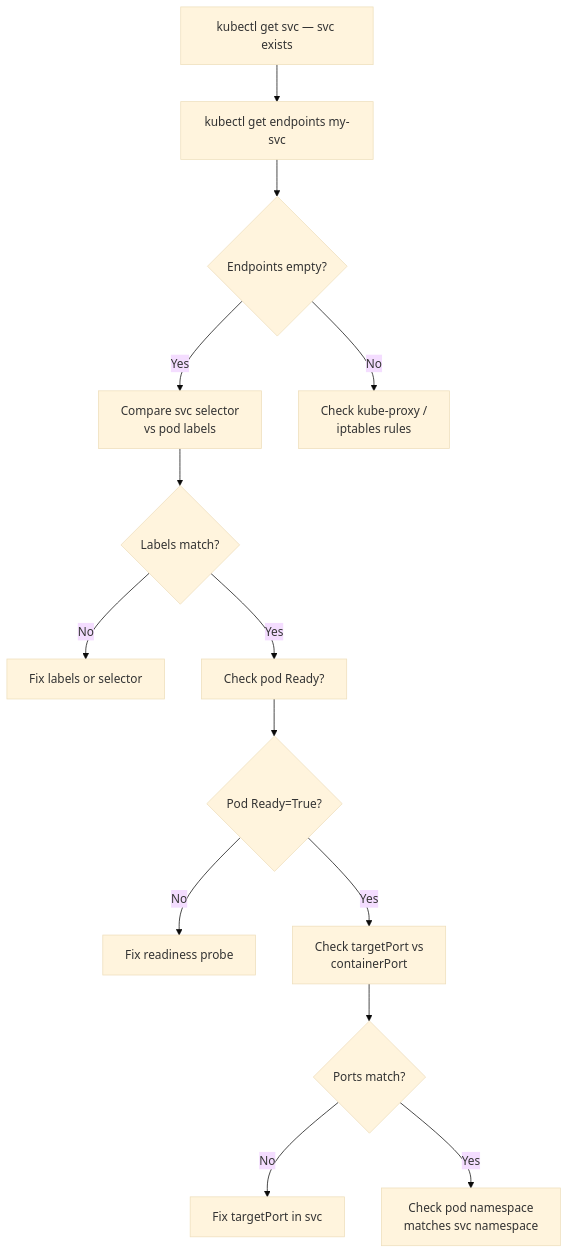
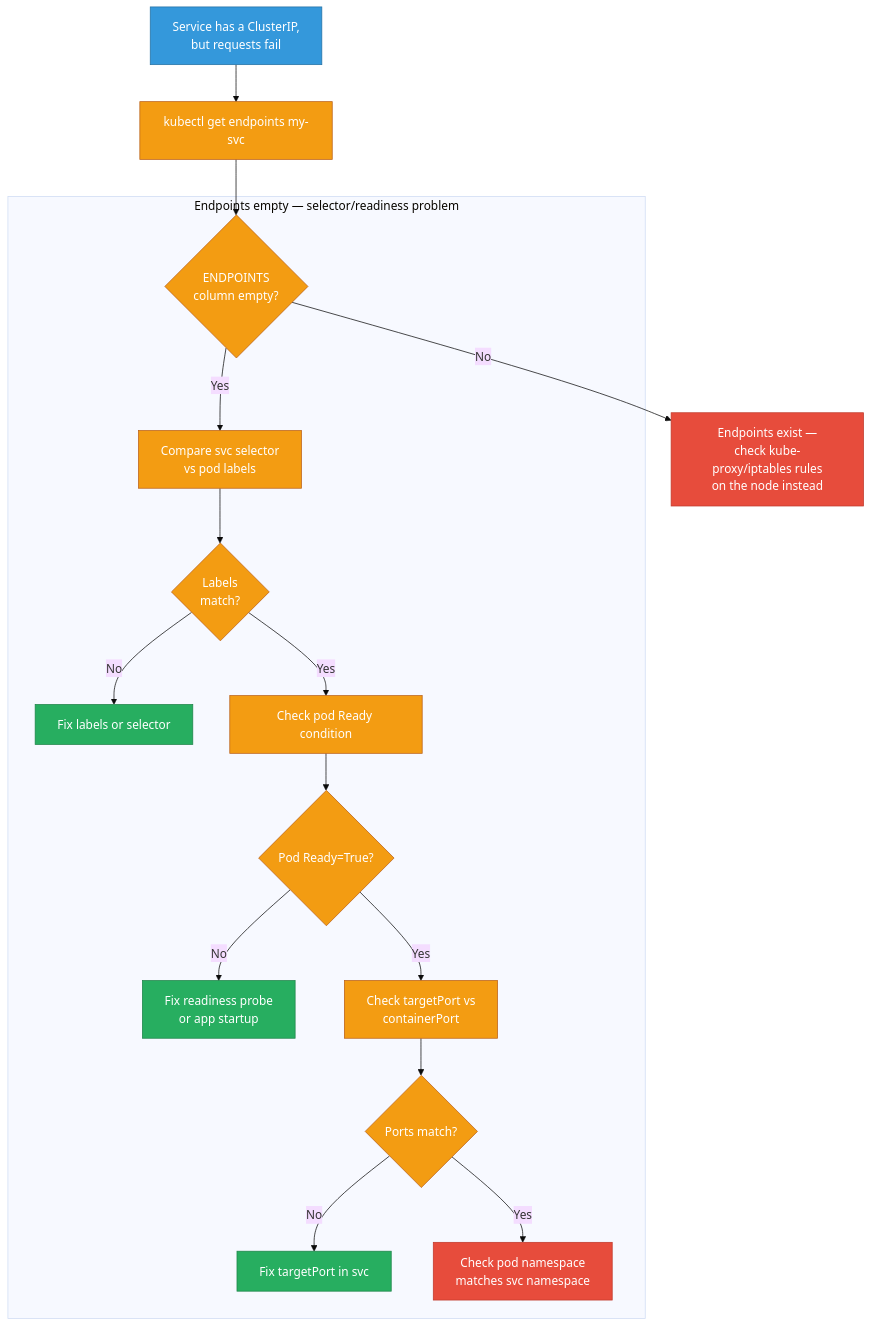
The seventh of 13 diagrams in sre/k8s-scenarios.md (deepanshu-rawat6/DevOpsIndex), drawn with Mermaid (base theme) before and after one commit. The commit also changed other lines of this file and 7 other files, not shown here.

````diff
--- a/sre/k8s-scenarios.md
+++ b/sre/k8s-scenarios.md
@@ -1047,16 +1053,25 @@
 ```mermaid
 flowchart TD
-    A[kubectl get svc — svc exists] --> B[kubectl get endpoints my-svc]
-    B --> C{Endpoints empty?}
-    C -- Yes --> D[Compare svc selector<br/>vs pod labels]
-    D --> E{Labels match?}
-    E -- No --> F[Fix labels or selector]
-    E -- Yes --> G[Check pod Ready?]
-    G --> H{Pod Ready=True?}
-    H -- No --> I[Fix readiness probe]
-    H -- Yes --> J[Check targetPort vs<br/>containerPort]
-    J --> K{Ports match?}
-    K -- No --> L[Fix targetPort in svc]
-    K -- Yes --> M[Check pod namespace<br/>matches svc namespace]
-    C -- No --> N[Check kube-proxy /<br/>iptables rules]
+    classDef start fill:#3498db,stroke:#2471a3,color:#fff
+    classDef check fill:#f39c12,stroke:#ba6018,color:#fff
+    classDef fix fill:#27ae60,stroke:#1e8449,color:#fff
+    classDef trap fill:#e74c3c,stroke:#c0392b,color:#fff
+
+    A["Service has a ClusterIP,<br/>but requests fail"]:::start --> B["kubectl get endpoints my-svc"]:::check
+    B --> C{"ENDPOINTS<br/>column empty?"}:::check
+
+    subgraph EmptyBranch["Endpoints empty — selector/readiness problem"]
+        C -- Yes --> D["Compare svc selector<br/>vs pod labels"]:::check
+        D --> E{"Labels<br/>match?"}:::check
+        E -- No --> F["Fix labels or selector"]:::fix
+        E -- Yes --> G["Check pod Ready condition"]:::check
+        G --> H{"Pod Ready=True?"}:::check
+        H -- No --> I["Fix readiness probe<br/>or app startup"]:::fix
+        H -- Yes --> J["Check targetPort vs<br/>containerPort"]:::check
+        J --> K{"Ports match?"}:::check
+        K -- No --> L["Fix targetPort in svc"]:::fix
+        K -- Yes --> M["Check pod namespace<br/>matches svc namespace"]:::trap
+    end
+
+    C -- No --> N["Endpoints exist —<br/>check kube-proxy/iptables rules<br/>on the node instead"]:::trap
 ```
````
